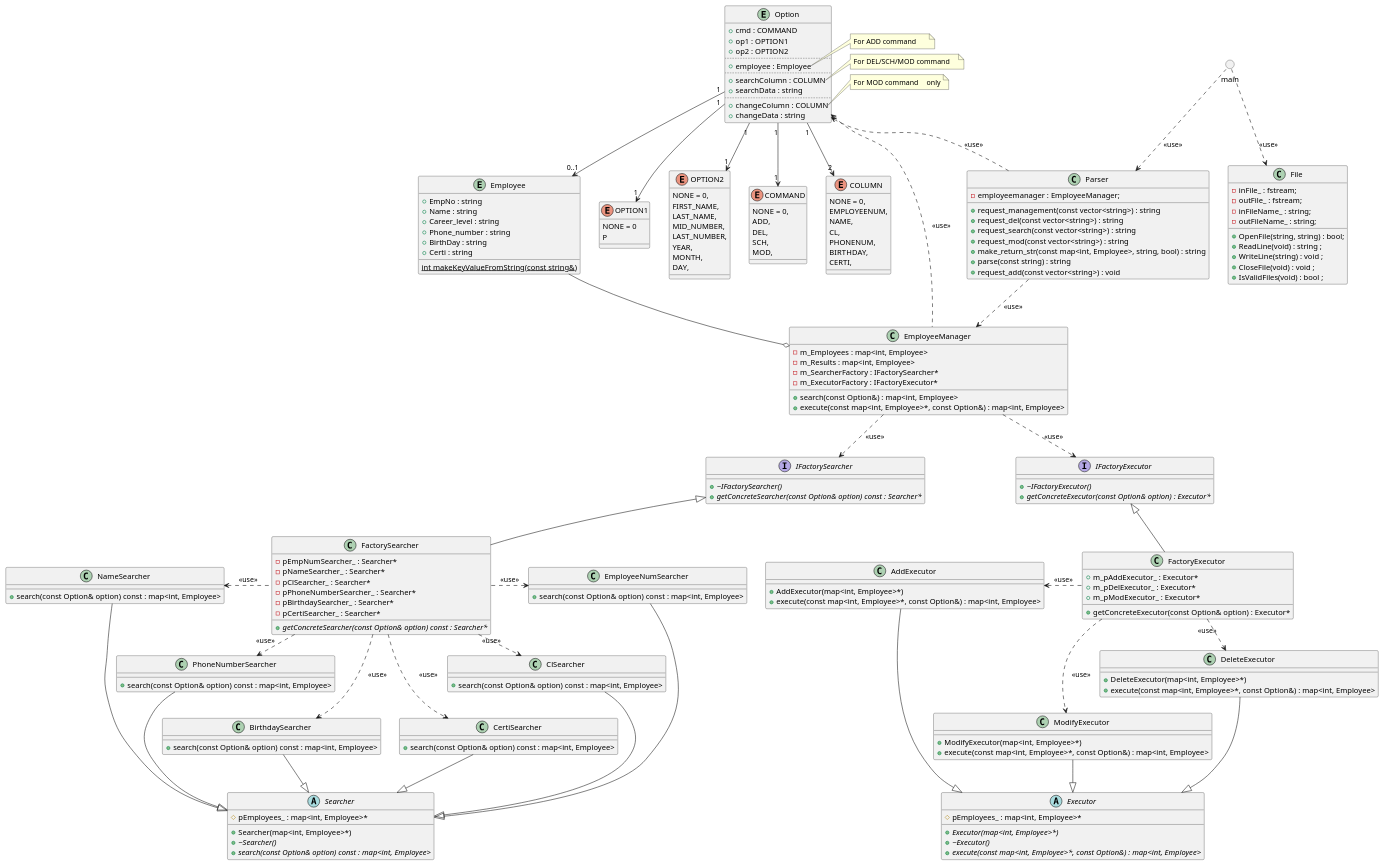
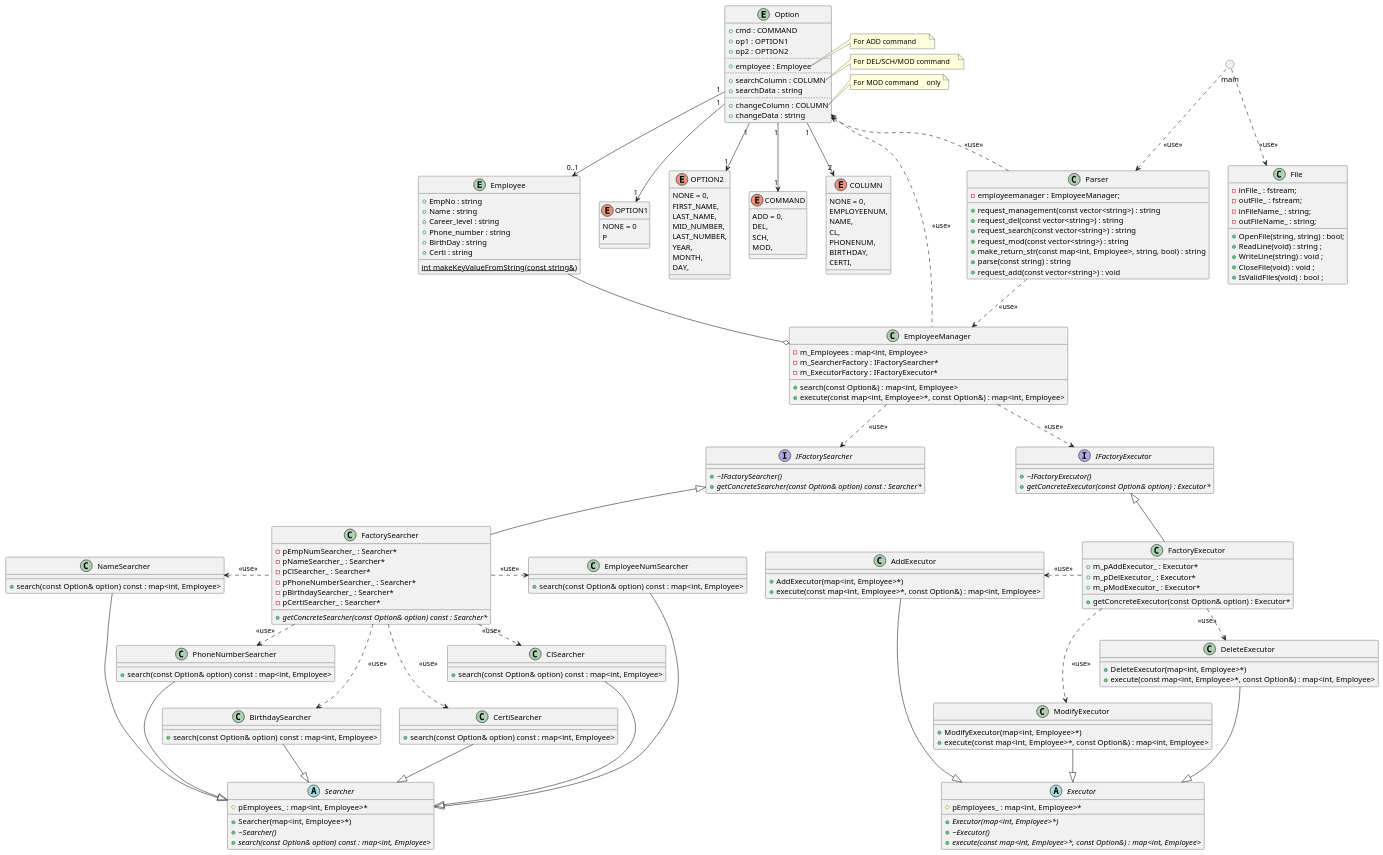
The diagram in GCR Project/refactoring_em.puml (HanSyngha/GreatCodeReviewer), drawn with PlantUML before and after one commit.

Commit message:
Update puml file

```diff
--- a/GCR Project/refactoring_em.puml
+++ b/GCR Project/refactoring_em.puml
@@ -26,7 +26,6 @@
 
 class EmployeeManager {
 -m_Employees : map<int, Employee>
--m_Results : map<int, Employee>
 -m_SearcherFactory : IFactorySearcher*
 -m_ExecutorFactory : IFactoryExecutor*
 +search(const Option&) : map<int, Employee>
@@ -60,8 +59,7 @@
 }
 
 enum COMMAND {
-NONE = 0,
-ADD,
+ADD = 0,
 DEL,
 SCH,
 MOD,
```
